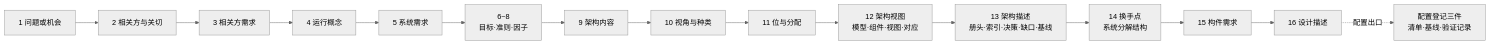
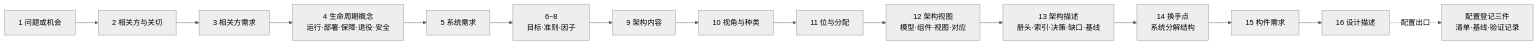
Before and after one commit to Yongjunzhou/business-Engineering: the first of 2 diagrams in 10-系统工程研究/00-系统工程相关研究报告/90-治理登记/24-47号正文逐件推进稿.md, drawn with Mermaid (neutral theme). The commit also changed other lines of this file and 7 other files, not shown here.

````diff
--- a/10-系统工程研究/00-系统工程相关研究报告/90-治理登记/24-47号正文逐件推进稿.md
+++ b/10-系统工程研究/00-系统工程相关研究报告/90-治理登记/24-47号正文逐件推进稿.md
@@ -438,9 +442,9 @@
 ```mermaid
 flowchart LR
-    A["1 问题或机会"] --> B["2 相关方与关切"] --> C["3 相关方需求"] --> D["4 运行概念"] --> E["5 系统需求"]
+    A["1 问题或机会"] --> B["2 相关方与关切"] --> C["3 相关方需求"] --> D["4 生命周期概念<br/>运行·部署·保障·退役·安全"] --> E["5 系统需求"]
     E --> F["6~8<br/>目标·准则·因子"] --> G["9 架构内容"] --> H["10 视角与种类"] --> I["11 位与分配"]
     I --> J["12 架构视图<br/>模型·组件·视图·对应"]
     J --> K["13 架构描述<br/>册头·索引·决策·缺口·基线"]
     K --> L["14 换手点<br/>系统分解结构"] --> M["15 构件需求"] --> N["16 设计描述"]
     N -.->|配置出口| O["配置登记三件<br/>清单·基线·验证记录"]
 ```
````
